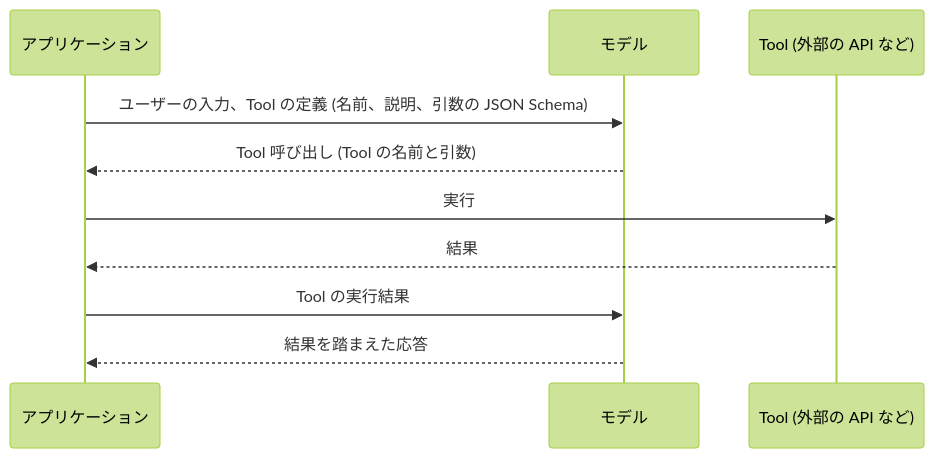
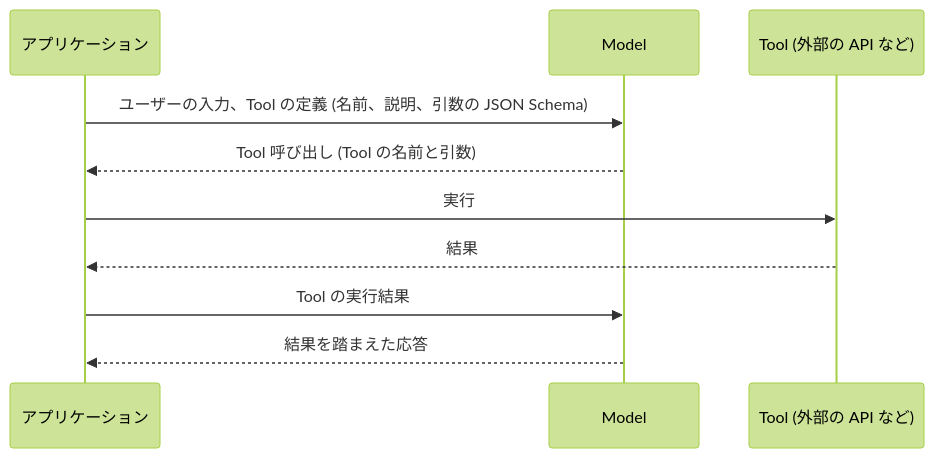
One commit to p1ass/blog changed the first of 6 diagrams in app/routes/posts/agent-concepts-and-modeling/index.mdx. Above: the diagram before and after it, drawn with Mermaid (forest theme). The commit also changed other lines of this file, not shown here.

First line of the commit message:
用語を Model、Instructions、Tool に統一し、不要な年代と「だけ」を削る

````diff
--- a/app/routes/posts/agent-concepts-and-modeling/index.mdx
+++ b/app/routes/posts/agent-concepts-and-modeling/index.mdx
@@ -33,12 +38,12 @@
 ```mermaid
 sequenceDiagram
   participant A as アプリケーション
-  participant M as モデル
+  participant M as Model
   participant T as Tool (外部の API など)
   A->>M: ユーザーの入力、Tool の定義 (名前、説明、引数の JSON Schema)
   M-->>A: Tool 呼び出し (Tool の名前と引数)
   A->>T: 実行
   T-->>A: 結果
   A->>M: Tool の実行結果
   M-->>A: 結果を踏まえた応答
 ```
````
